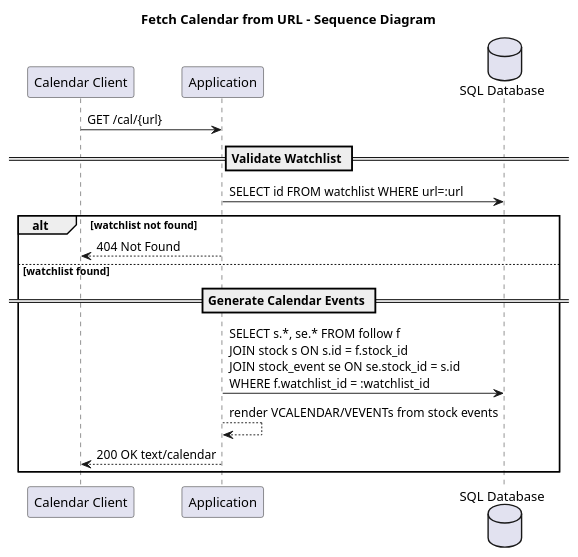
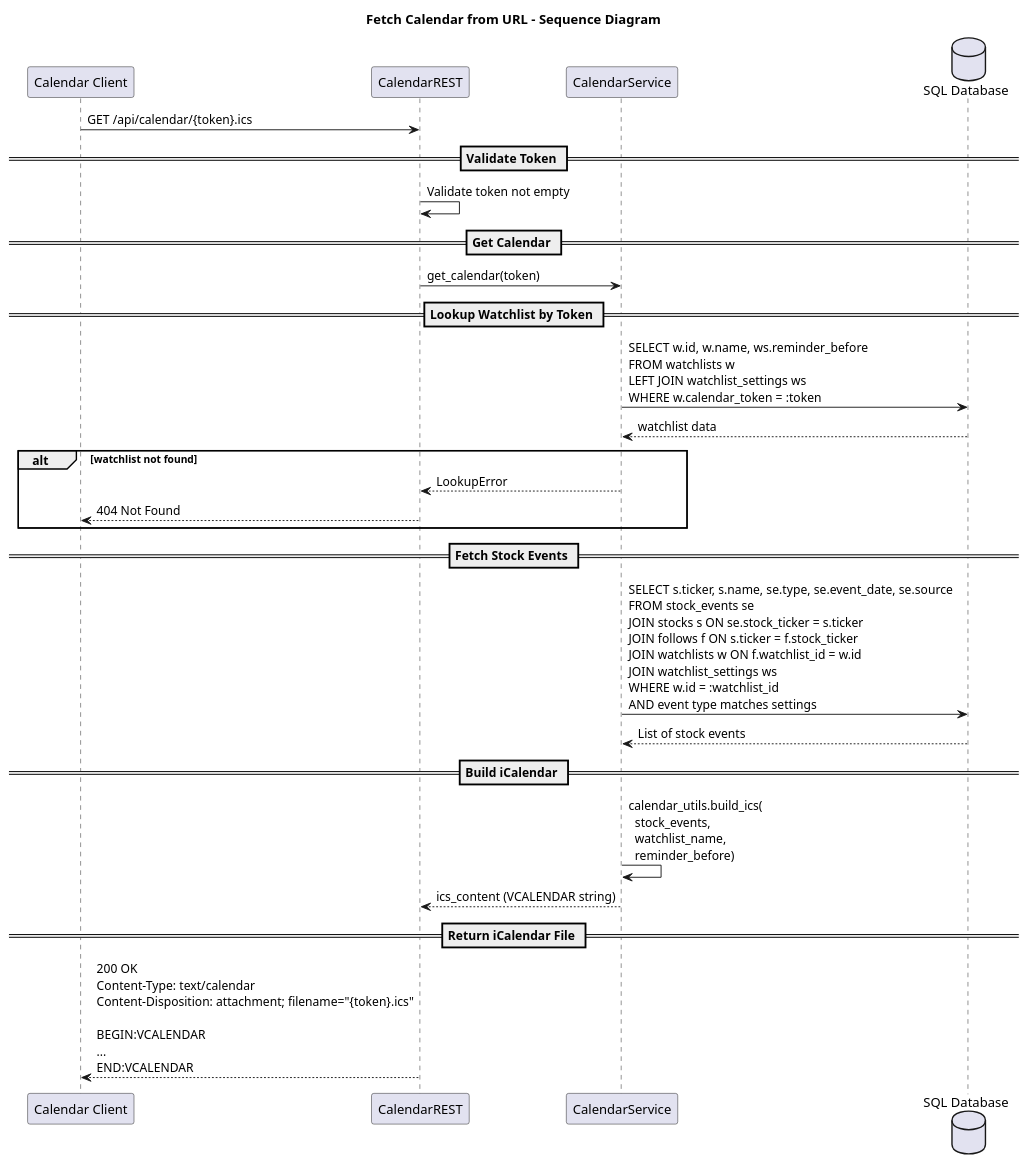
The diagram in docs/uml/sequence_diagram_fetch_calendar_from_url.puml (PhilippXXY/ticker-cal-tracker), drawn with PlantUML before and after one commit. The commit also changed 16 other files, not shown here.

Commit message:
Update UML diagrams to reflect current codebase

```diff
--- a/docs/uml/sequence_diagram_fetch_calendar_from_url.puml
+++ b/docs/uml/sequence_diagram_fetch_calendar_from_url.puml
@@ -1,20 +1,38 @@
 @startuml sequence_diagram_fetch_calendar_from_url
 title Fetch Calendar from URL - Sequence Diagram
 
 participant "Calendar Client" as CAL
-participant "Application" as APP
+participant "CalendarREST" as REST
+participant "CalendarService" as SVC
 database "SQL Database" as DB
 
-CAL -> APP: GET /cal/{url}
+CAL -> REST: GET /api/calendar/{token}.ics
 
-== Validate Watchlist ==
-APP -> DB: SELECT id FROM watchlist WHERE url=:url
+== Validate Token ==
+REST -> REST: Validate token not empty
+
+== Get Calendar ==
+REST -> SVC: get_calendar(token)
+
+== Lookup Watchlist by Token ==
+SVC -> DB: SELECT w.id, w.name, ws.reminder_before\nFROM watchlists w\nLEFT JOIN watchlist_settings ws\nWHERE w.calendar_token = :token
+DB --> SVC: watchlist data
+
 alt watchlist not found
-  APP --> CAL: 404 Not Found
-else watchlist found
-    == Generate Calendar Events ==
-    APP -> DB: SELECT s.*, se.* FROM follow f\nJOIN stock s ON s.id = f.stock_id\nJOIN stock_event se ON se.stock_id = s.id\nWHERE f.watchlist_id = :watchlist_id
-    APP --> APP: render VCALENDAR/VEVENTs from stock events
-    APP --> CAL: 200 OK text/calendar
+  SVC --> REST: LookupError
+  REST --> CAL: 404 Not Found
 end
+
+== Fetch Stock Events ==
+SVC -> DB: SELECT s.ticker, s.name, se.type, se.event_date, se.source\nFROM stock_events se\nJOIN stocks s ON se.stock_ticker = s.ticker\nJOIN follows f ON s.ticker = f.stock_ticker\nJOIN watchlists w ON f.watchlist_id = w.id\nJOIN watchlist_settings ws\nWHERE w.id = :watchlist_id\nAND event type matches settings
+DB --> SVC: List of stock events
+
+== Build iCalendar ==
+SVC -> SVC: calendar_utils.build_ics(\n  stock_events,\n  watchlist_name,\n  reminder_before)
+
+SVC --> REST: ics_content (VCALENDAR string)
+
+== Return iCalendar File ==
+REST --> CAL: 200 OK\nContent-Type: text/calendar\nContent-Disposition: attachment; filename="{token}.ics"\n\nBEGIN:VCALENDAR\n...\nEND:VCALENDAR
+
 @enduml
```
